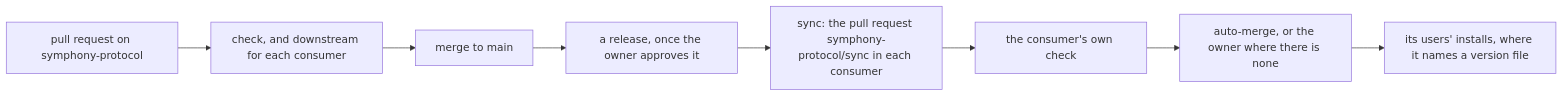
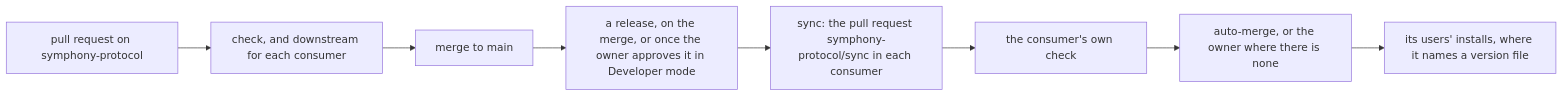
One commit to OpenSpineConsortium/symphony-protocol changed the second of 2 diagrams in ECOSYSTEM.md. Above: the diagram before and after it, drawn with Mermaid. The commit also changed other lines of this file and 8 other files, not shown here.

First line of the commit message:
Release on the merge unless Developer mode is on

````diff
--- a/ECOSYSTEM.md
+++ b/ECOSYSTEM.md
@@ -126,10 +126,10 @@
 ```mermaid
 flowchart LR
   pr["pull request on symphony-protocol"] --> checks["check, and downstream for each consumer"]
   checks --> merge["merge to main"]
-  merge --> release["a release, once the owner approves it"]
+  merge --> release["a release, on the merge, or once the owner approves it in Developer mode"]
   release --> pulls["sync: the pull request symphony-protocol/sync in each consumer"]
   pulls --> theirs["the consumer's own check"]
   theirs --> lands["auto-merge, or the owner where there is none"]
   lands --> users["its users' installs, where it names a version file"]
 ```
````
